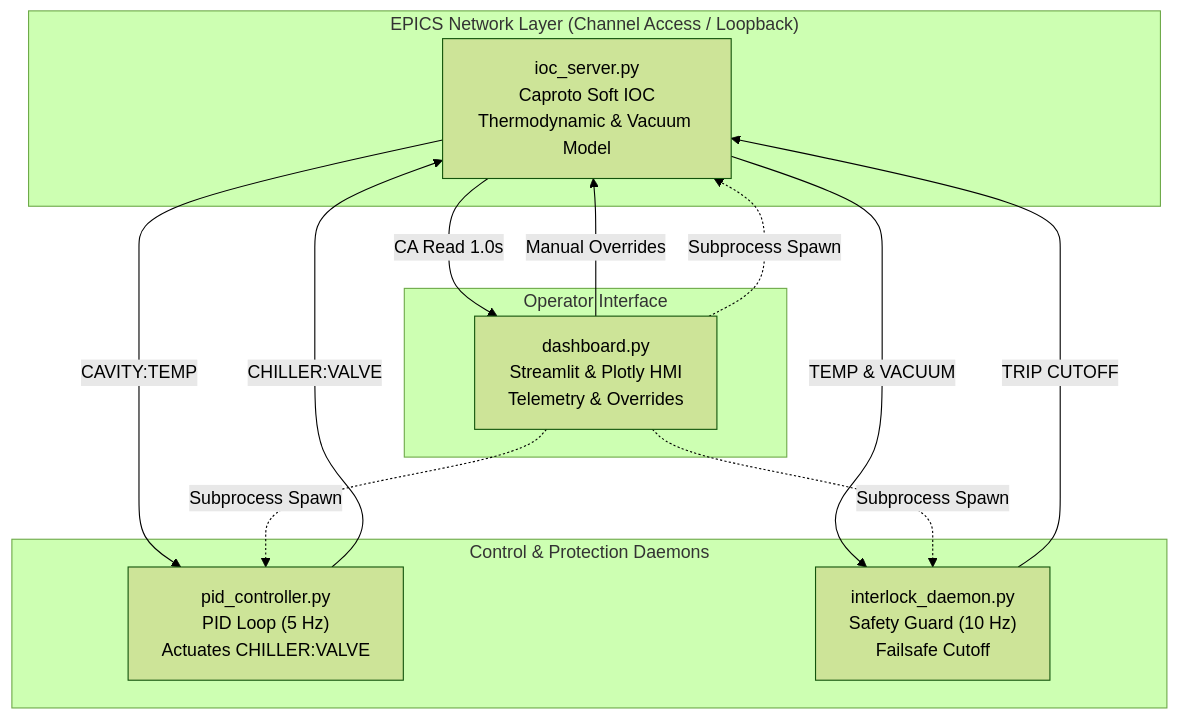
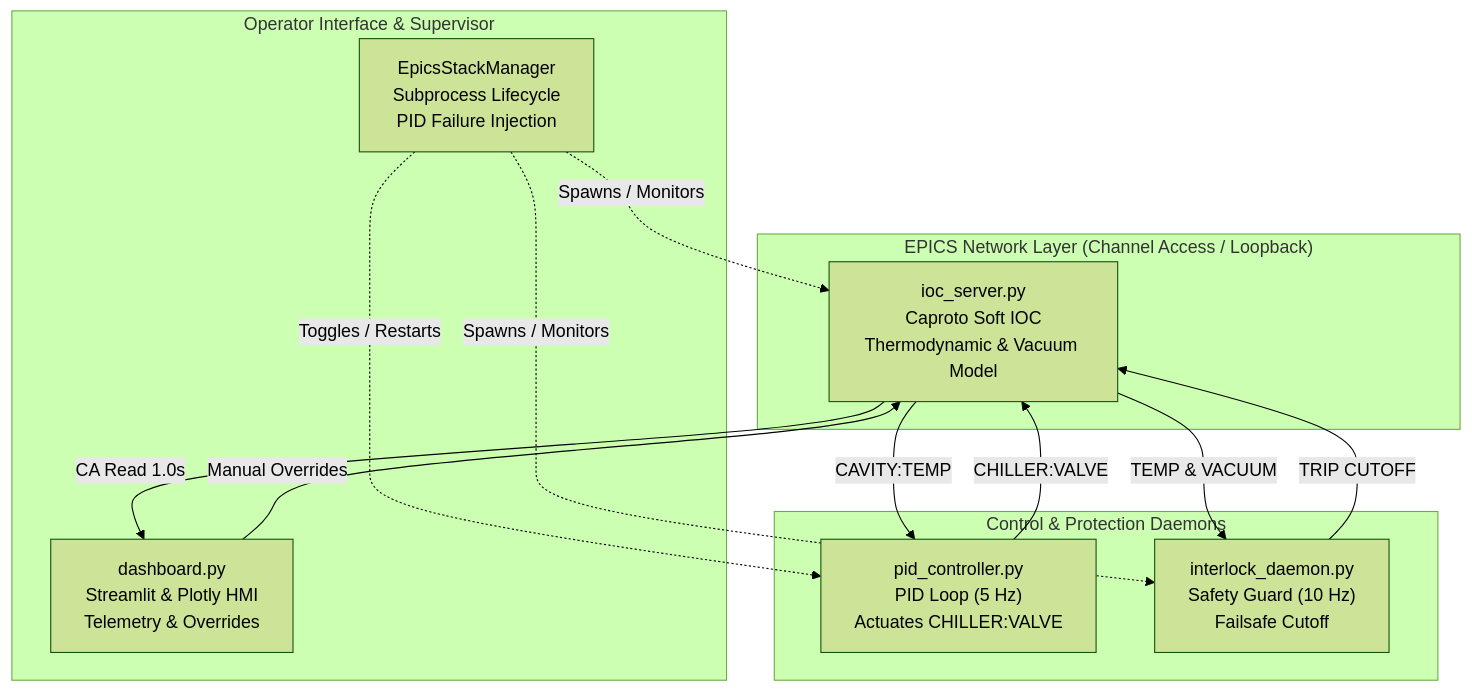
One commit to Yash5320/chamber-epics changed the diagram in README.md. Above: the diagram before and after it, drawn with Mermaid (forest theme). The commit also changed other lines of this file, not shown here.

````diff
--- a/README.md
+++ b/README.md
@@ -36,28 +38,29 @@
 ```mermaid
 flowchart TD
     subgraph EPICS["EPICS Network Layer (Channel Access / Loopback)"]
         IOC["ioc_server.py<br/>Caproto Soft IOC<br/>Thermodynamic & Vacuum Model"]
     end
 
     subgraph DAEMONS["Control & Protection Daemons"]
         PID["pid_controller.py<br/>PID Loop (5 Hz)<br/>Actuates CHILLER:VALVE"]
         INT["interlock_daemon.py<br/>Safety Guard (10 Hz)<br/>Failsafe Cutoff"]
     end
 
-    subgraph HMI["Operator Interface"]
+    subgraph HMI["Operator Interface & Supervisor"]
         UI["dashboard.py<br/>Streamlit & Plotly HMI<br/>Telemetry & Overrides"]
+        MGR["EpicsStackManager<br/>Subprocess Lifecycle<br/>PID Failure Injection"]
     end
 
     IOC -->|CAVITY:TEMP| PID
     PID -->|CHILLER:VALVE| IOC
 
     IOC -->|TEMP & VACUUM| INT
     INT -->|TRIP CUTOFF| IOC
 
     IOC -->|CA Read 1.0s| UI
     UI -->|Manual Overrides| IOC
 
-    UI -.->|Subprocess Spawn| IOC
-    UI -.->|Subprocess Spawn| PID
-    UI -.->|Subprocess Spawn| INT
+    MGR -.->|Spawns / Monitors| IOC
+    MGR -.->|Toggles / Restarts| PID
+    MGR -.->|Spawns / Monitors| INT
 ```
````
